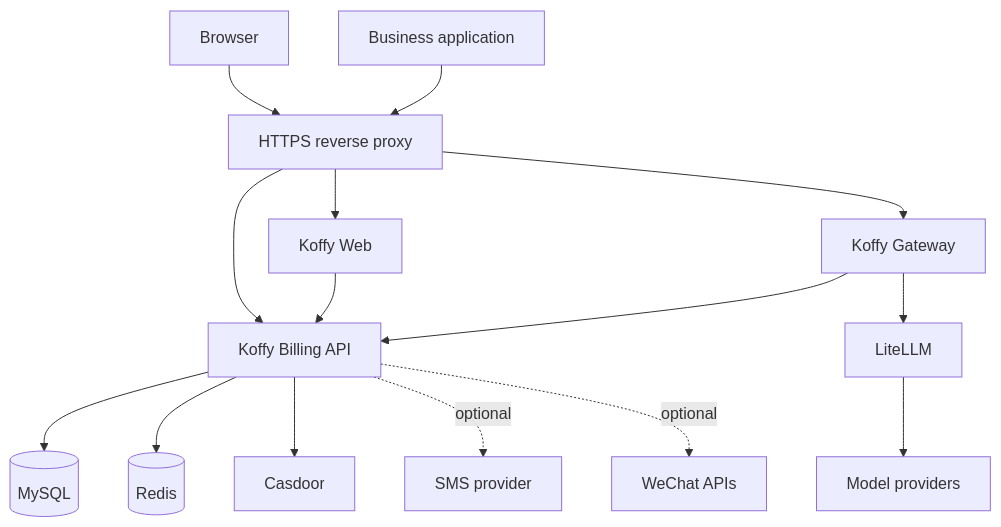
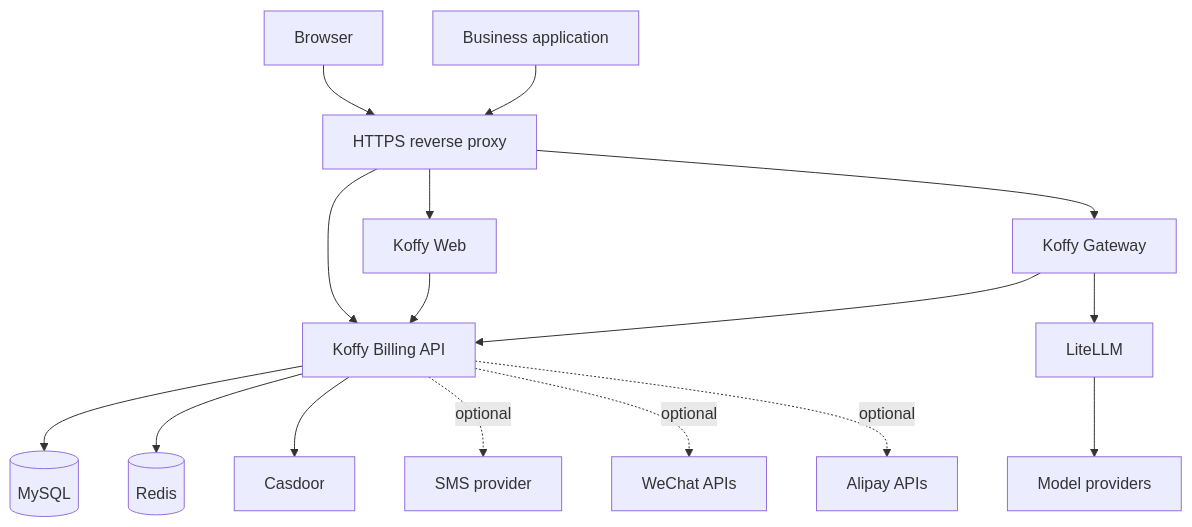
Before and after one commit to koffy-ai/koffy: the first of 2 diagrams in docs/architecture.md, drawn with Mermaid. The commit also changed other lines of this file and 30 other files, not shown here.

````diff
--- a/docs/architecture.md
+++ b/docs/architecture.md
@@ -9,19 +9,20 @@
 ```mermaid
 flowchart TB
     Browser[Browser] --> Proxy[HTTPS reverse proxy]
     App[Business application] --> Proxy
     Proxy --> Web[Koffy Web]
     Proxy --> Billing[Koffy Billing API]
     Proxy --> Gateway[Koffy Gateway]
 
     Web --> Billing
     Gateway --> Billing
     Gateway --> LiteLLM[LiteLLM]
     LiteLLM --> Models[Model providers]
 
     Billing --> MySQL[(MySQL)]
     Billing --> Redis[(Redis)]
     Billing --> Casdoor[Casdoor]
     Billing -. optional .-> SMS[SMS provider]
     Billing -. optional .-> WeChat[WeChat APIs]
+    Billing -. optional .-> Alipay[Alipay APIs]
 ```
````
